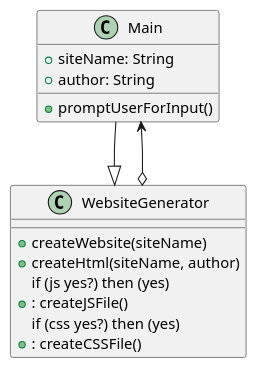
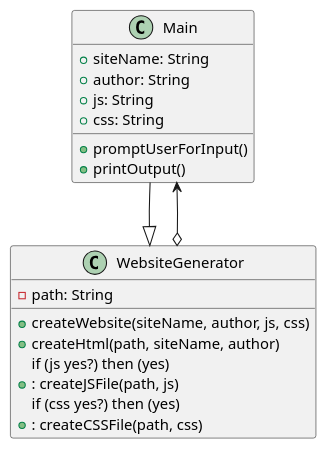
The diagram in src/main/java/oop/assignment3/ex43/base/WebsiteGenerator.puml (GabrielFernandez14/fernandez-cop3330-assignment3), drawn with PlantUML before and after one commit.

Commit message:
Updated Plant.uml for 43

```diff
--- a/src/main/java/oop/assignment3/ex43/base/WebsiteGenerator.puml
+++ b/src/main/java/oop/assignment3/ex43/base/WebsiteGenerator.puml
@@ -1,22 +1,27 @@
 @startuml
 'https://plantuml.com/sequence-diagram
 
 class Main {
     + siteName: String
     + author: String
+    + js: String
+    + css: String
 
     + promptUserForInput()
+    + printOutput()
 }
 
 class WebsiteGenerator {
-    + createWebsite(siteName)
-    + createHtml(siteName, author)
+    - path: String
+
+    + createWebsite(siteName, author, js, css)
+    + createHtml(path, siteName, author)
     if (js yes?) then (yes)
-        + : createJSFile()
+        + : createJSFile(path, js)
     if (css yes?) then (yes)
-        + : createCSSFile()
+        + : createCSSFile(path, css)
 }
 
 Main --|> WebsiteGenerator
 WebsiteGenerator o--> Main
 @enduml
```
